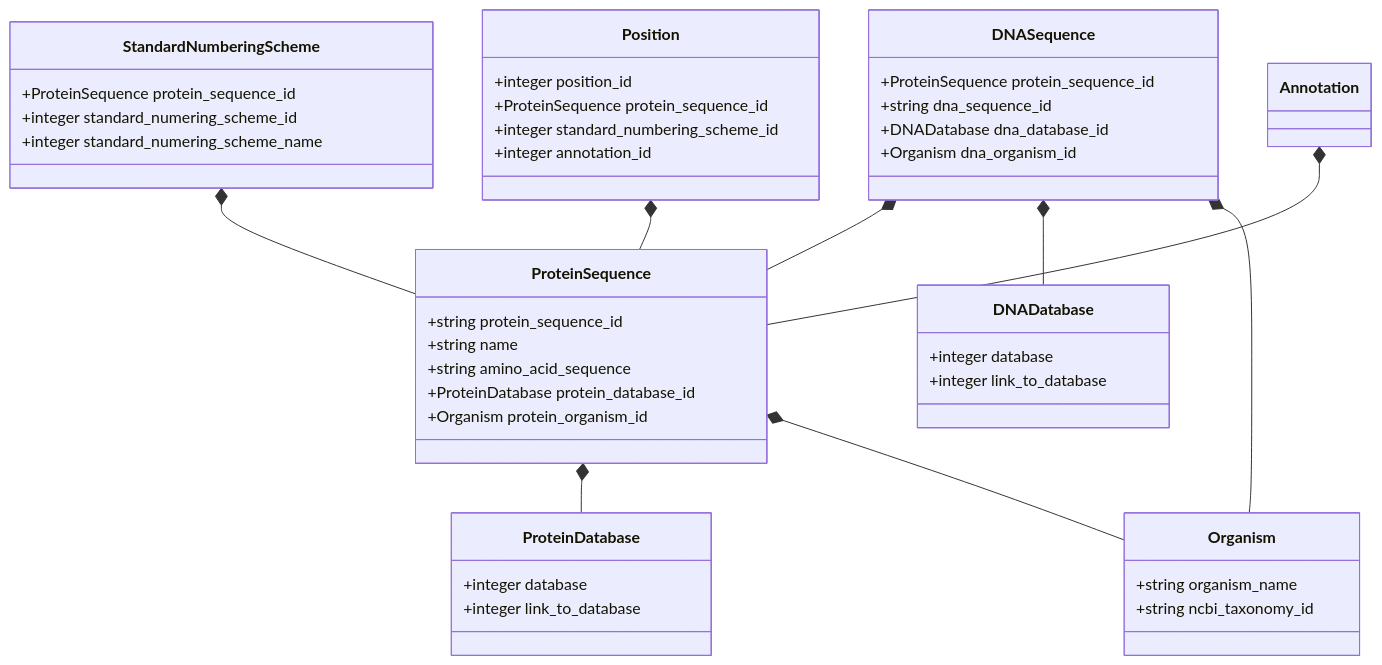
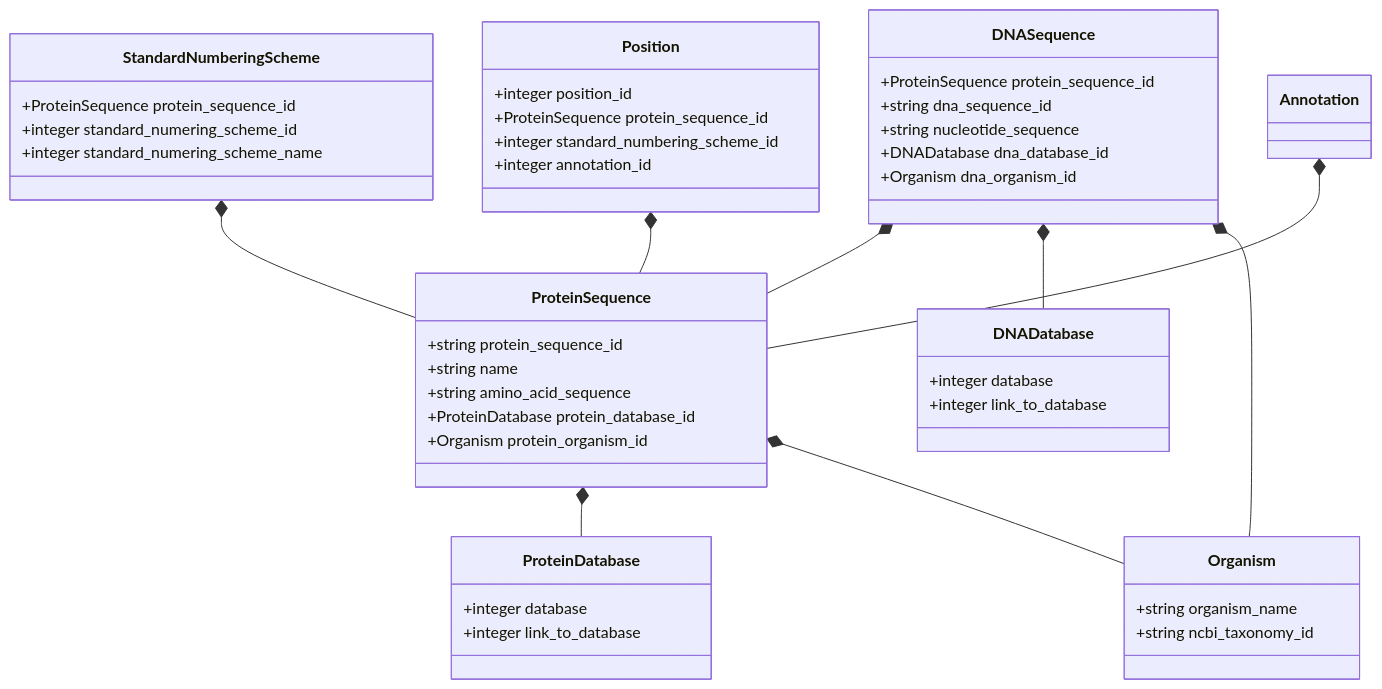
The diagram in Database/schemes/-.md (maxim945/PyEED-Fullprototype), drawn with Mermaid before and after one commit. The commit also changed 8 other files, not shown here.

````diff
--- a/Database/schemes/-.md
+++ b/Database/schemes/-.md
@@ -1,55 +1,56 @@
 ```mermaid
 classDiagram
     ProteinSequence *-- ProteinDatabase
     ProteinSequence *-- Organism
     DNASequence *-- ProteinSequence
     DNASequence *-- DNADatabase
     DNASequence *-- Organism
     StandardNumberingScheme *-- ProteinSequence
     Position *-- ProteinSequence
     Annotation *-- ProteinSequence
     
     class ProteinSequence {
         +string protein_sequence_id
         +string name
         +string amino_acid_sequence
         +ProteinDatabase protein_database_id
         +Organism protein_organism_id
     }
     
     class DNASequence {
         +ProteinSequence protein_sequence_id
         +string dna_sequence_id
+        +string nucleotide_sequence
         +DNADatabase dna_database_id
         +Organism dna_organism_id
     }
     
     class Organism {
         +string organism_name
         +string ncbi_taxonomy_id
     }
     
     class ProteinDatabase {
         +integer database
         +integer link_to_database
     }
     
     class DNADatabase {
         +integer database
         +integer link_to_database
     }
     
     class StandardNumberingScheme {
         +ProteinSequence protein_sequence_id
         +integer standard_numering_scheme_id
         +integer standard_numering_scheme_name
     }
     
     class Position {
         +integer position_id
         +ProteinSequence protein_sequence_id
         +integer standard_numbering_scheme_id
         +integer annotation_id
     }
     
 ```
````
